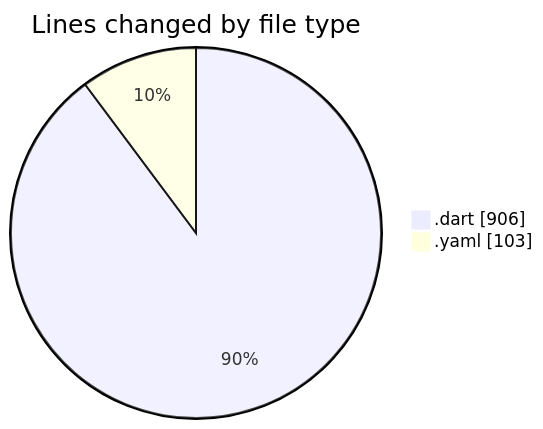
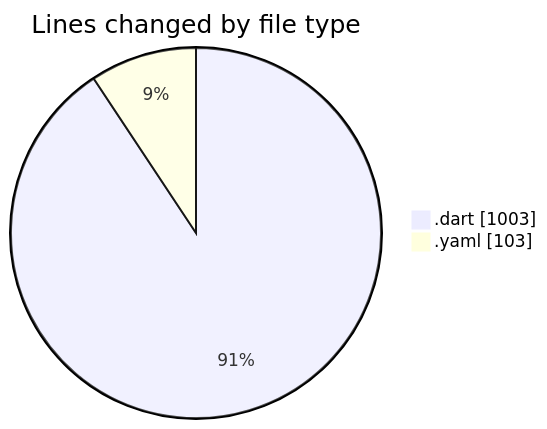
One commit to donsfak/code-tracking changed the first of 2 diagrams in 2025-02-25/trackers_app/README.md. Above: the diagram before and after it, drawn with Mermaid. The commit also changed other lines of this file and 1 other file, not shown here.

````diff
--- a/2025-02-25/trackers_app/README.md
+++ b/2025-02-25/trackers_app/README.md
@@ -25,6 +25,6 @@
 ```mermaid
 pie showData
 title Lines changed by file type
-".dart" : 906
+".dart" : 1003
 ".yaml" : 103
 ```
````
